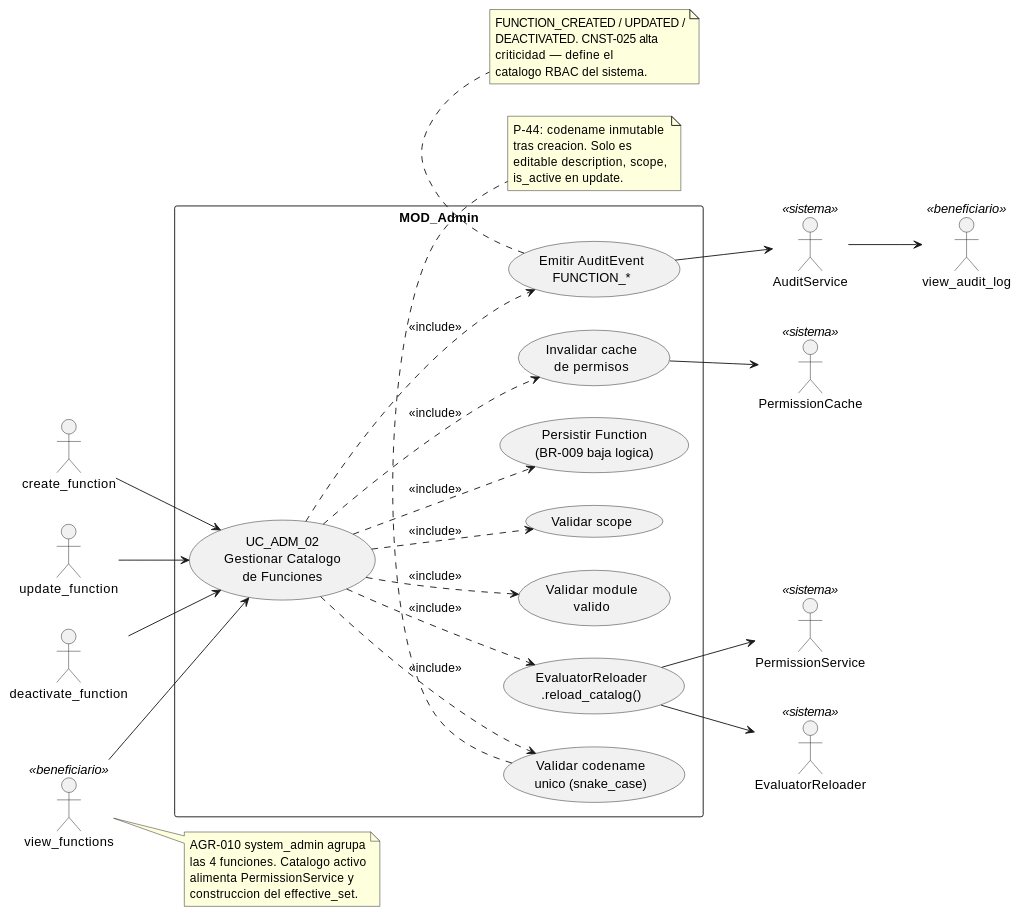
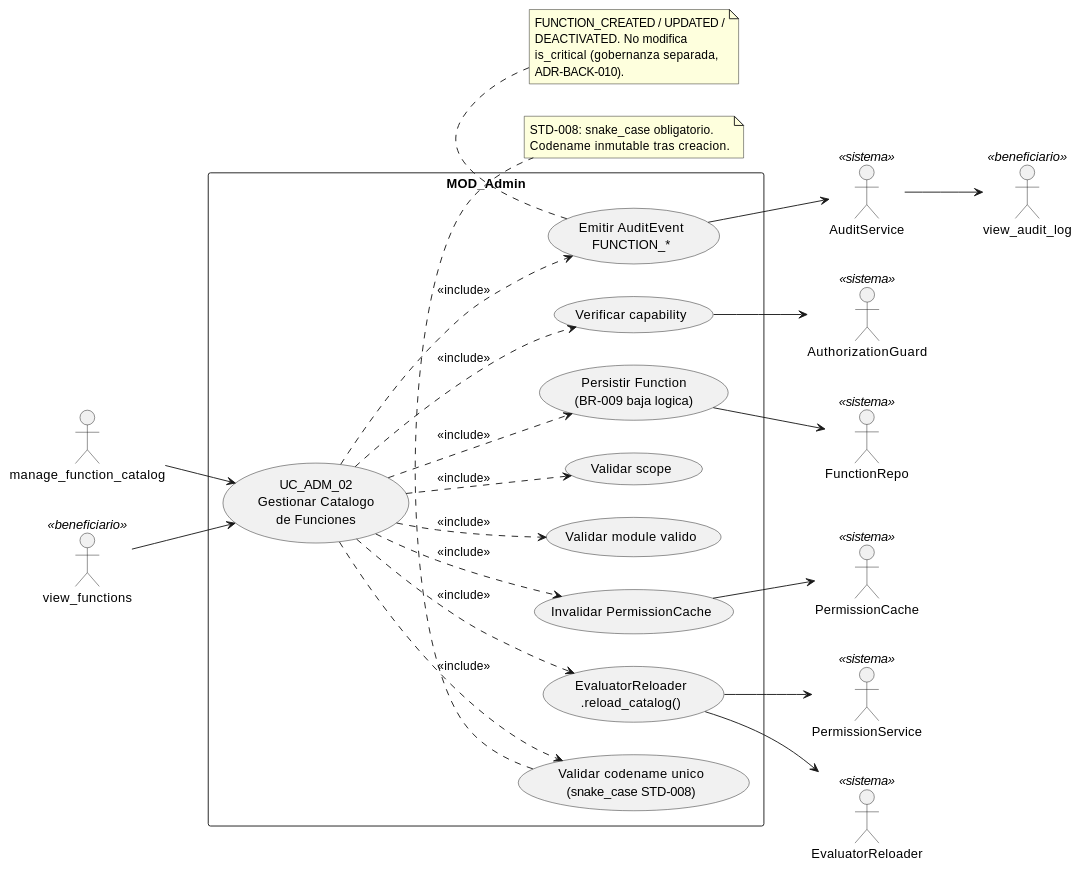
Before and after one commit to jcg-admin/IACT-docs: the diagram in source/requisitos/casos-uso/admin/uc-adm-02/diagramas-uml/diagrama-de-caso-de-uso.rst, drawn with PlantUML. The commit also changed other lines of this file and 13 other files, not shown here.

First line of the commit message:
Recreate uc-adm-02 + uc-adm-03 diagrams aligned to STD-012 v1.1.0

```diff
--- a/source/requisitos/casos-uso/admin/uc-adm-02/diagramas-uml/diagrama-de-caso-de-uso.rst
+++ b/source/requisitos/casos-uso/admin/uc-adm-02/diagramas-uml/diagrama-de-caso-de-uso.rst
@@ -4,69 +6,62 @@
 .. uml::
- :caption: UC_ADM_02 — actores y casos asociados
+ :caption: UC_ADM_02 — actores y casos asociados.
 
  @startuml
 
  left to right direction
 
- actor "create_function" as F_CREATE
- actor "update_function" as F_UPDATE
- actor "deactivate_function" as F_DEACTIVATE
- actor "view_functions" as F_VIEW <<beneficiario>>
+ actor "manage_function_catalog" as manage_function_catalog
+ actor "view_functions" as view_functions <<beneficiario>>
  actor "view_audit_log" as view_audit_log <<beneficiario>>
- actor "PermissionService" as PS <<sistema>>
- actor "PermissionCache" as PC <<sistema>>
- actor "EvaluatorReloader" as EE <<sistema>>
- actor "AuditService" as AS <<sistema>>
+ actor "AuthorizationGuard" as AuthorizationGuard <<sistema>>
+ actor "FunctionRepo" as FunctionRepo <<sistema>>
+ actor "PermissionService" as PermissionService <<sistema>>
+ actor "PermissionCache" as PermissionCache <<sistema>>
+ actor "EvaluatorReloader" as EvaluatorReloader <<sistema>>
+ actor "AuditService" as AuditService <<sistema>>
 
  rectangle "MOD_Admin" {
    usecase "UC_ADM_02\nGestionar Catalogo\nde Funciones" as UC_ADM_02
-   usecase "Validar codename\nunico (snake_case)" as VALIDAR_CODENAME
-   usecase "Validar module\nvalido" as VALIDAR_MODULE
+   usecase "Verificar capability" as VERIFICAR_CAP
+   usecase "Validar codename unico\n(snake_case STD-008)" as VALIDAR_CODENAME
+   usecase "Validar module valido" as VALIDAR_MODULE
    usecase "Validar scope" as VALIDAR_SCOPE
    usecase "Persistir Function\n(BR-009 baja logica)" as PERSISTIR
-   usecase "Emitir AuditEvent\nFUNCTION_*" as AUDIT
-   usecase "Invalidar cache\nde permisos" as INVALIDAR
+   usecase "Emitir AuditEvent\nFUNCTION_*" as AUDITAR
+   usecase "Invalidar PermissionCache" as INVALIDAR
    usecase "EvaluatorReloader\n.reload_catalog()" as RELOAD
  }
 
- F_CREATE --> UC_ADM_02
- F_UPDATE --> UC_ADM_02
- F_DEACTIVATE --> UC_ADM_02
- F_VIEW --> UC_ADM_02
+ manage_function_catalog --> UC_ADM_02
+ view_functions --> UC_ADM_02
 
+ UC_ADM_02 ..> VERIFICAR_CAP : <<include>>
  UC_ADM_02 ..> VALIDAR_CODENAME : <<include>>
  UC_ADM_02 ..> VALIDAR_MODULE : <<include>>
  UC_ADM_02 ..> VALIDAR_SCOPE : <<include>>
  UC_ADM_02 ..> PERSISTIR : <<include>>
- UC_ADM_02 ..> AUDIT : <<include>>
+ UC_ADM_02 ..> AUDITAR : <<include>>
  UC_ADM_02 ..> INVALIDAR : <<include>>
  UC_ADM_02 ..> RELOAD : <<include>>
 
- INVALIDAR --> PC
- RELOAD --> EE
- RELOAD --> PS
- AUDIT --> AS
- AS --> view_audit_log
+ VERIFICAR_CAP --> AuthorizationGuard
+ PERSISTIR --> FunctionRepo
+ AUDITAR --> AuditService
+ INVALIDAR --> PermissionCache
+ RELOAD --> EvaluatorReloader
+ RELOAD --> PermissionService
+ AuditService --> view_audit_log
 
  note bottom of VALIDAR_CODENAME
-   P-44: codename inmutable
-   tras creacion. Solo es
-   editable description, scope,
-   is_active en update.
+   STD-008: snake_case obligatorio.
+   Codename inmutable tras creacion.
  end note
 
- note bottom of AUDIT
+ note bottom of AUDITAR
    FUNCTION_CREATED / UPDATED /
-   DEACTIVATED. CNST-025 alta
-   criticidad — define el
-   catalogo RBAC del sistema.
- end note
-
- note right of F_VIEW
-   AGR-010 system_admin agrupa
-   las 4 funciones. Catalogo activo
-   alimenta PermissionService y
-   construccion del effective_set.
+   DEACTIVATED. No modifica
+   is_critical (gobernanza separada,
+   ADR-BACK-010).
  end note
 
  @enduml
```
